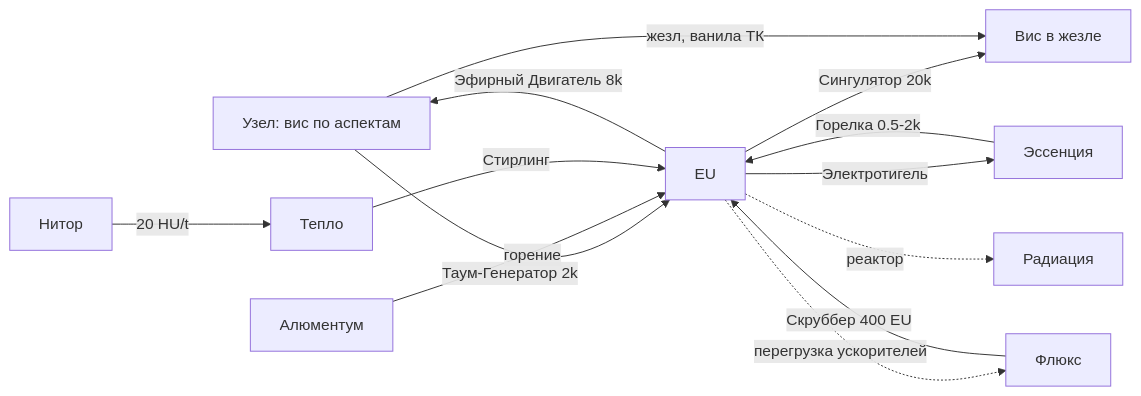
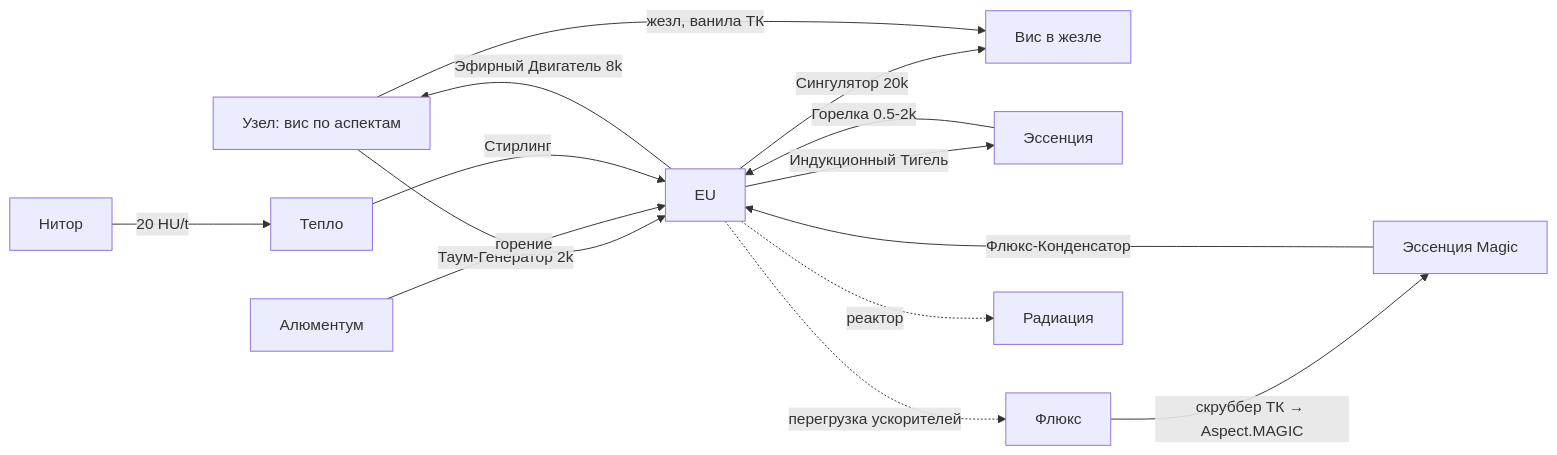
The diagram in docs/design/02_world_model.md (Atom-gnomov/Thaumcraft-4-port-to-1.12.2), drawn with Mermaid before and after one commit. The commit also changed other lines of this file and 6 other files, not shown here.

````diff
--- a/docs/design/02_world_model.md
+++ b/docs/design/02_world_model.md
@@ -149,15 +149,16 @@
 ```mermaid
 graph LR
     NODE[Узел: вис по аспектам] -->|Таум-Генератор 2k| EU[EU]
     EU -->|Эфирный Двигатель 8k| NODE
     EU -->|Сингулятор 20k| WAND[Вис в жезле]
     NODE -->|жезл, ванила ТК| WAND
     ESS[Эссенция] -->|Горелка 0.5-2k| EU
-    EU -->|Электротигель| ESS
+    EU -->|Индукционный Тигель| ESS
     ALU[Алюментум] -->|горение| EU
     NIT[Нитор] -->|20 HU/t| HU[Тепло]
     HU -->|Стирлинг| EU
     EU -.->|перегрузка ускорителей| FLUX[Флюкс]
     EU -.->|реактор| RAD[Радиация]
-    FLUX -->|Скруббер 400 EU| EU
+    FLUX -->|скруббер ТК → Aspect.MAGIC| MAG[Эссенция Magic]
+    MAG -->|Флюкс-Конденсатор| EU
 ```
````
